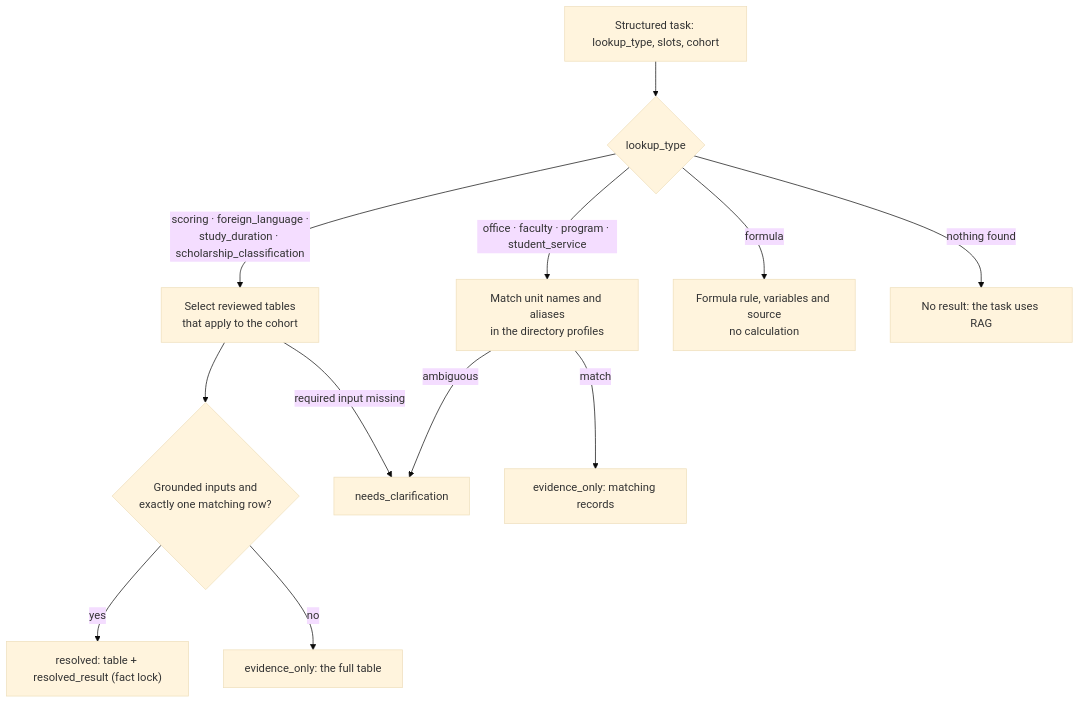
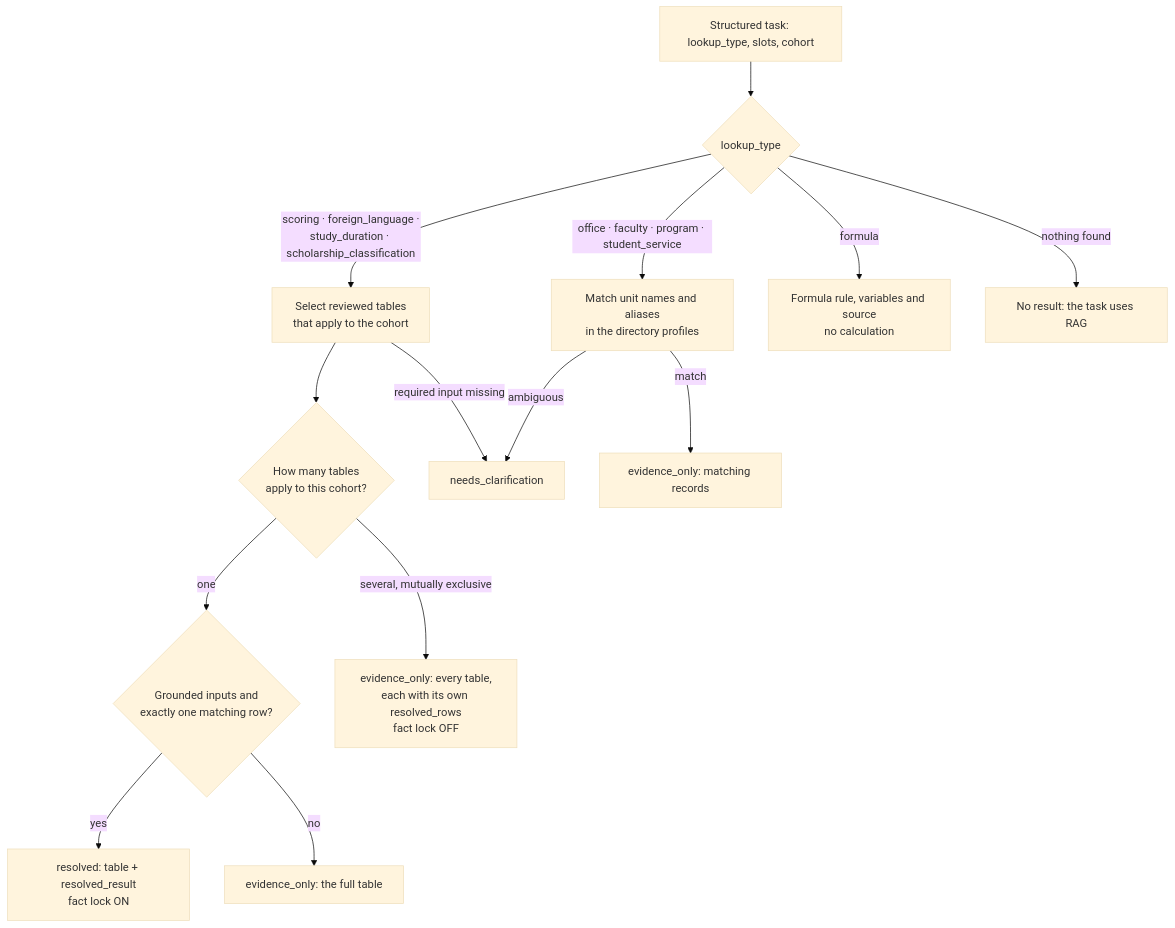
Before and after one commit to AnhPhiNe/student-handbook-rag-chatbot: the third of 7 diagrams in README.md, drawn with Mermaid (base theme). The commit also changed other lines of this file, not shown here.

First line of the commit message:
docs(readme): document what the system does now, and explain the diagrams

````diff
--- a/README.md
+++ b/README.md
@@ -183,14 +207,16 @@
 ```mermaid
 flowchart TD
     T["Structured task: lookup_type, slots, cohort"] --> D{"lookup_type"}
     D -->|"scoring · foreign_language ·<br/>study_duration · scholarship_classification"| Tables["Select reviewed tables<br/>that apply to the cohort"]
     D -->|"office · faculty · program · student_service"| Dir["Match unit names and aliases<br/>in the directory profiles"]
     D -->|formula| F["Formula rule, variables and source<br/>no calculation"]
-    Tables --> One{"Grounded inputs and<br/>exactly one matching row?"}
-    One -->|yes| Resolved["resolved: table + resolved_result (fact lock)"]
+    Tables --> Scope{"How many tables<br/>apply to this cohort?"}
+    Scope -->|"one"| One{"Grounded inputs and<br/>exactly one matching row?"}
+    One -->|yes| Resolved["resolved: table + resolved_result<br/>fact lock ON"]
     One -->|no| Evidence["evidence_only: the full table"]
+    Scope -->|"several, mutually exclusive"| Multi["evidence_only: every table,<br/>each with its own resolved_rows<br/>fact lock OFF"]
     Tables -->|required input missing| Clarify["needs_clarification"]
     Dir -->|match| Records["evidence_only: matching records"]
     Dir -->|ambiguous| Clarify
     D -->|nothing found| Fallback["No result: the task uses RAG"]
 ```
````
